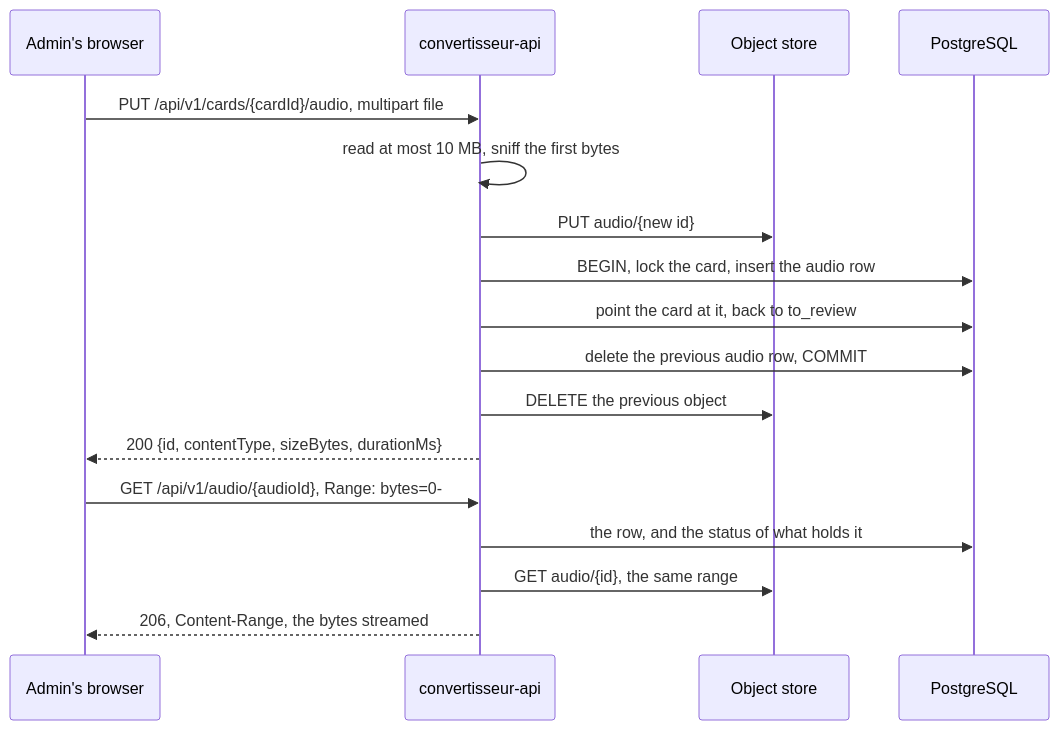
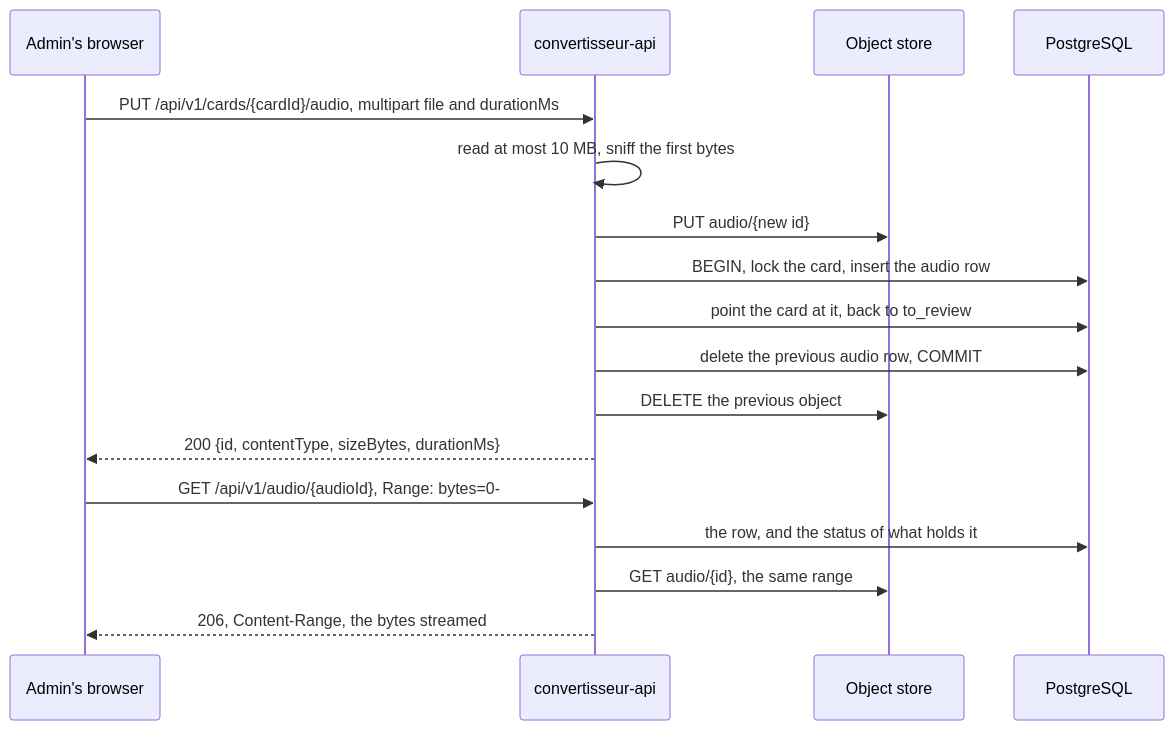
Before and after one commit to therealm-tech/convertisseur: the third of 6 diagrams in ARCHITECTURE.md, drawn with Mermaid. The commit also changed other lines of this file and 12 other files, not shown here.

Commit message:
audio: store the duration the browser measures (#9)

````diff
--- a/ARCHITECTURE.md
+++ b/ARCHITECTURE.md
@@ -203,19 +203,19 @@
 ```mermaid
 sequenceDiagram
     participant B as Admin's browser
     participant S as convertisseur-api
     participant O as Object store
     participant P as PostgreSQL
-    B->>S: PUT /api/v1/cards/{cardId}/audio, multipart file
+    B->>S: PUT /api/v1/cards/{cardId}/audio, multipart file and durationMs
     S->>S: read at most 10 MB, sniff the first bytes
     S->>O: PUT audio/{new id}
     S->>P: BEGIN, lock the card, insert the audio row
     S->>P: point the card at it, back to to_review
     S->>P: delete the previous audio row, COMMIT
     S->>O: DELETE the previous object
     S-->>B: 200 {id, contentType, sizeBytes, durationMs}
     B->>S: GET /api/v1/audio/{audioId}, Range: bytes=0-
     S->>P: the row, and the status of what holds it
     S->>O: GET audio/{id}, the same range
     S-->>B: 206, Content-Range, the bytes streamed
 ```
````
